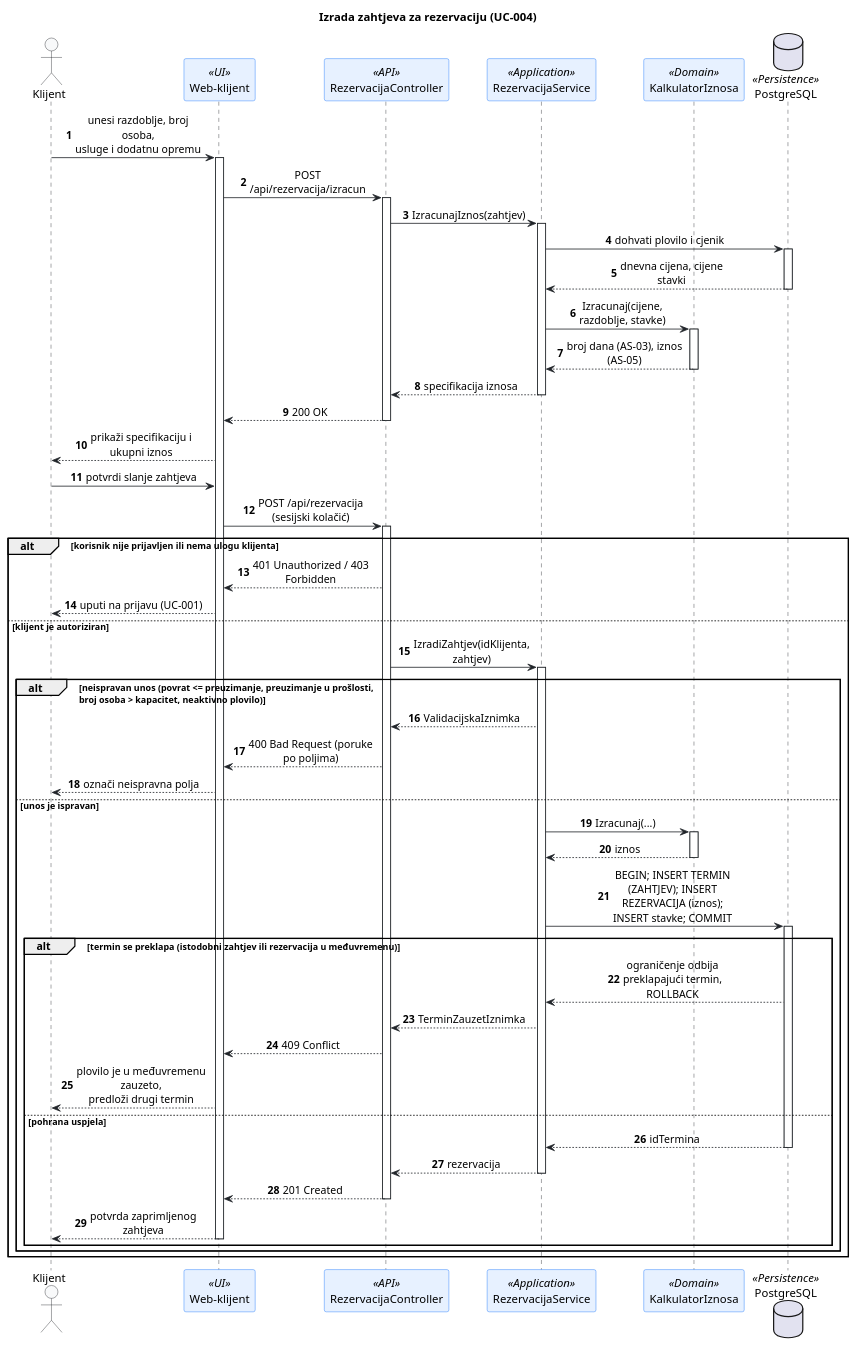
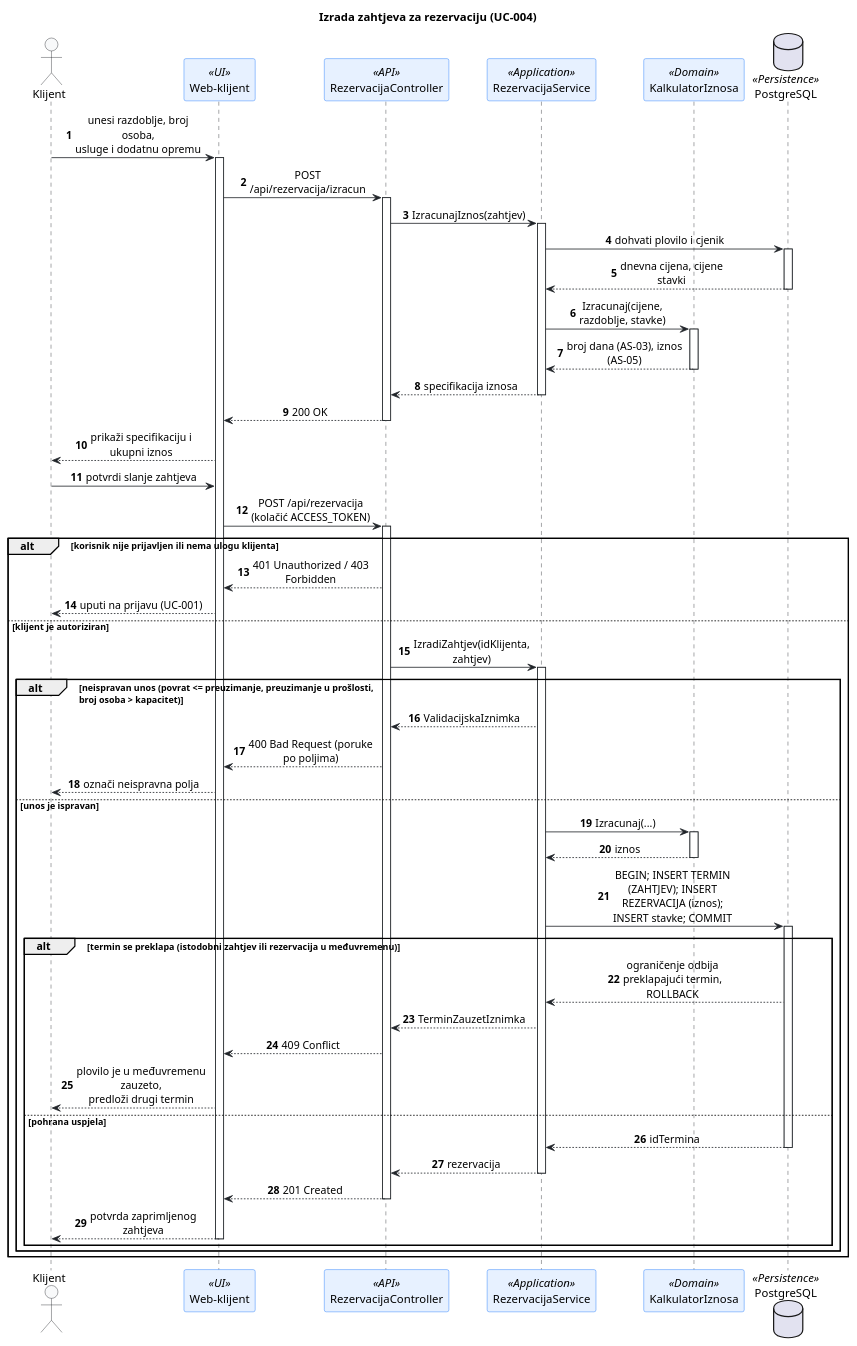
Before and after one commit to jsinkovic1/programsko-inzenjerstvo: the diagram in docs/puml/4-4-charter-reservation-request-SD.puml, drawn with PlantUML. The commit also changed 13 other files, not shown here.

```diff
--- a/docs/puml/4-4-charter-reservation-request-SD.puml
+++ b/docs/puml/4-4-charter-reservation-request-SD.puml
@@ -1,81 +1,81 @@
 @startuml
 title Izrada zahtjeva za rezervaciju (UC-004)
 
 skinparam maxMessageSize 160
 skinparam shadowing false
 skinparam defaultFontName Arial
 skinparam sequenceMessageAlign center
 skinparam ArrowColor #212529
 
 skinparam sequence {
     ParticipantBackgroundColor #E7F1FF
     ParticipantBorderColor #0D6EFD
     ActorBackgroundColor #F8F9FA
     ActorBorderColor #212529
     LifeLineBorderColor #212529
 }
 
 autonumber
 
 ' ==============================================================================
 ' Sudionici
 ' ==============================================================================
 actor "Klijent" as Klijent
 participant "Web-klijent" as Web <<UI>>
 participant "RezervacijaController" as API <<API>>
 participant "RezervacijaService" as Service <<Application>>
 participant "KalkulatorIznosa" as Kalk <<Domain>>
 database "PostgreSQL" as DB <<Persistence>>
 
 ' ==============================================================================
 ' Faza 1: odabir stavki i prikaz iznosa (F-007)
 ' ==============================================================================
 Klijent -> Web ++ : unesi razdoblje, broj osoba,\nusluge i dodatnu opremu
 Web -> API ++ : POST /api/rezervacija/izracun
 API -> Service ++ : IzracunajIznos(zahtjev)
 Service -> DB ++ : dohvati plovilo i cjenik
 DB --> Service -- : dnevna cijena, cijene stavki
 Service -> Kalk ++ : Izracunaj(cijene, razdoblje, stavke)
 Kalk --> Service -- : broj dana (AS-03), iznos (AS-05)
 Service --> API -- : specifikacija iznosa
 API --> Web -- : 200 OK
 Web --> Klijent : prikaži specifikaciju i ukupni iznos
 
 ' ==============================================================================
 ' Faza 2: slanje zahtjeva, provjera i pohrana
 ' ==============================================================================
 Klijent -> Web : potvrdi slanje zahtjeva
-Web -> API ++ : POST /api/rezervacija (sesijski kolačić)
+Web -> API ++ : POST /api/rezervacija (kolačić ACCESS_TOKEN)
 
 alt korisnik nije prijavljen ili nema ulogu klijenta
   API --> Web : 401 Unauthorized / 403 Forbidden
   Web --> Klijent : uputi na prijavu (UC-001)
 
 else klijent je autoriziran
   API -> Service ++ : IzradiZahtjev(idKlijenta, zahtjev)
 
-  alt neispravan unos (povrat <= preuzimanje, preuzimanje u prošlosti,\nbroj osoba > kapacitet, neaktivno plovilo)
+  alt neispravan unos (povrat <= preuzimanje, preuzimanje u prošlosti,\nbroj osoba > kapacitet)
     Service --> API : ValidacijskaIznimka
     API --> Web : 400 Bad Request (poruke po poljima)
     Web --> Klijent : označi neispravna polja
 
   else unos je ispravan
     Service -> Kalk ++ : Izracunaj(...)
     Kalk --> Service -- : iznos
     Service -> DB ++ : BEGIN; INSERT TERMIN (ZAHTJEV); INSERT REZERVACIJA (iznos);\nINSERT stavke; COMMIT
 
     alt termin se preklapa (istodobni zahtjev ili rezervacija u međuvremenu)
       DB --> Service : ograničenje odbija preklapajući termin, ROLLBACK
       Service --> API : TerminZauzetIznimka
       API --> Web : 409 Conflict
       Web --> Klijent : plovilo je u međuvremenu zauzeto,\npredloži drugi termin
 
     else pohrana uspjela
       DB --> Service -- : idTermina
       Service --> API -- : rezervacija
       API --> Web -- : 201 Created
       Web --> Klijent -- : potvrda zaprimljenog zahtjeva
     end
   end
 end
 @enduml
```
